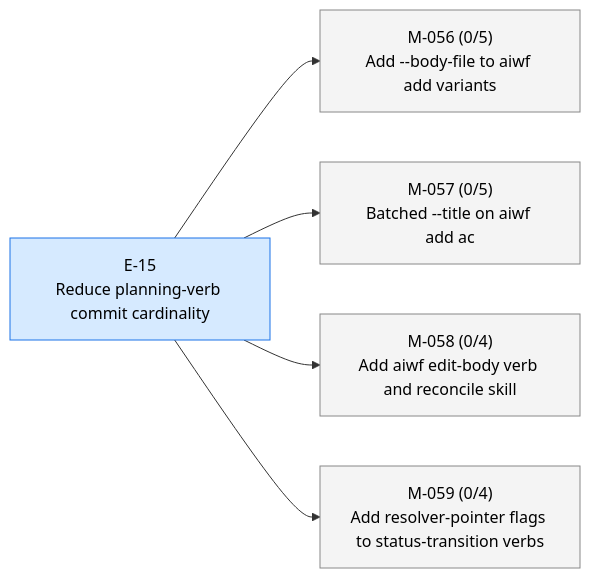
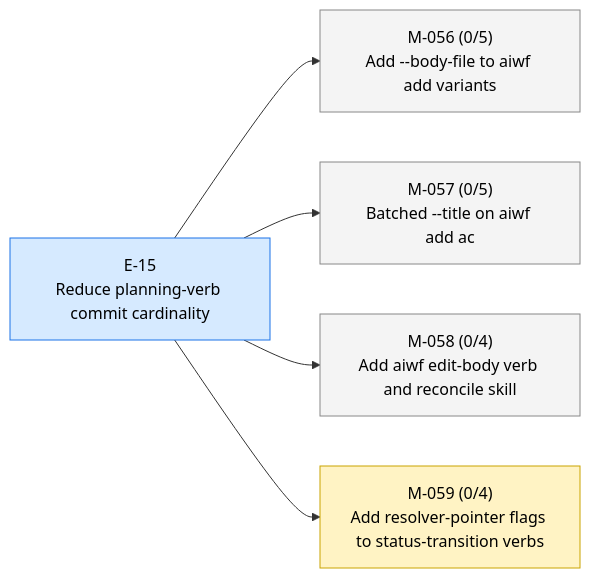
The first of 3 diagrams in STATUS.md (23min/aiwf), drawn with Mermaid before and after one commit. The commit also changed other lines of this file and 1 other file, not shown here.

Commit message:
aiwf promote M-059 draft -> in_progress
aiwf-verb: promote
aiwf-entity: M-059
aiwf-actor: human/peter
aiwf-to: in_progress

````diff
--- a/STATUS.md
+++ b/STATUS.md
@@ -14,18 +14,18 @@
 ```mermaid
 flowchart LR
   E_15["E-15<br/>Reduce planning-verb commit cardinality"]:::epic_active
   M_056["M-056 (0/5)<br/>Add --body-file to aiwf add variants"]:::ms_draft
   E_15 --> M_056
   M_057["M-057 (0/5)<br/>Batched --title on aiwf add ac"]:::ms_draft
   E_15 --> M_057
   M_058["M-058 (0/4)<br/>Add aiwf edit-body verb and reconcile skill"]:::ms_draft
   E_15 --> M_058
-  M_059["M-059 (0/4)<br/>Add resolver-pointer flags to status-transition verbs"]:::ms_draft
+  M_059["M-059 (0/4)<br/>Add resolver-pointer flags to status-transition verbs"]:::ms_in_progress
   E_15 --> M_059
   classDef epic_active fill:#d6eaff,stroke:#1a73e8,color:#000
   classDef epic_proposed fill:#f4f4f4,stroke:#888,color:#000
   classDef ms_done fill:#d8f5d8,stroke:#2a8a2a,color:#000
   classDef ms_in_progress fill:#fff3c4,stroke:#caa400,color:#000
   classDef ms_draft fill:#f4f4f4,stroke:#888,color:#000
   classDef ms_cancelled fill:#fbeaea,stroke:#c33,color:#000
 ```
````
